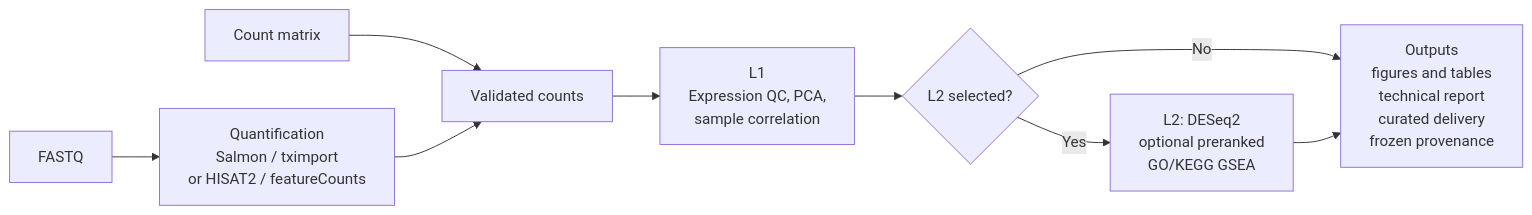
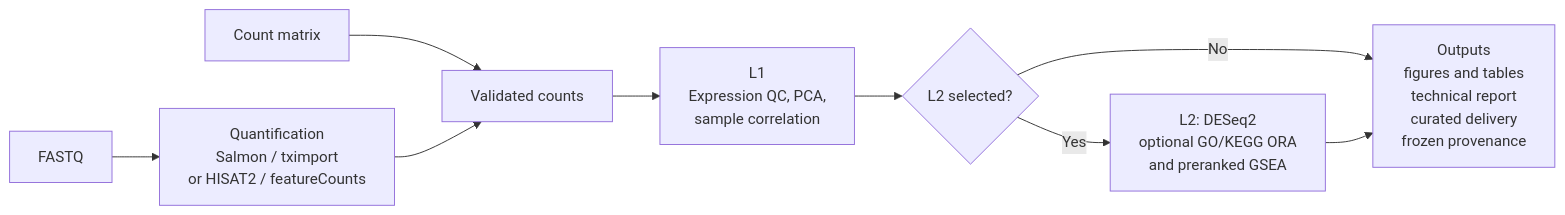
Before and after one commit to 2002brian/nf-rna: the diagram in README.md, drawn with Mermaid. The commit also changed other lines of this file and 27 other files, not shown here.

````diff
--- a/README.md
+++ b/README.md
@@ -19,11 +19,11 @@
 ```mermaid
 flowchart LR
     A[FASTQ] --> B["Quantification<br/>Salmon / tximport<br/>or HISAT2 / featureCounts"]
     C[Count matrix] --> D[Validated counts]
     B --> D
     D --> E["L1<br/>Expression QC, PCA,<br/>sample correlation"]
     E --> F{L2 selected?}
-    F -- Yes --> G["L2: DESeq2<br/>optional preranked<br/>GO/KEGG GSEA"]
+    F -- Yes --> G["L2: DESeq2<br/>optional GO/KEGG ORA<br/>and preranked GSEA"]
     F -- No --> H["Outputs<br/>figures and tables<br/>technical report<br/>curated delivery<br/>frozen provenance"]
     G --> H
 ```
````
